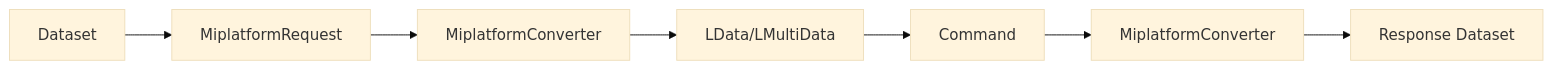
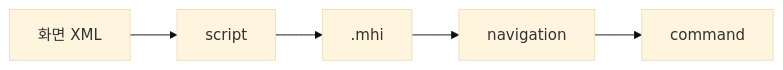
Before and after one commit to forsylph/nph: the diagram in 03.analysis_results/031.front-channel/0311.miplatform/Miplatform.md, drawn with Mermaid (base theme). The commit also changed other lines of this file and 19 other files, not shown here.

````diff
--- a/03.analysis_results/031.front-channel/0311.miplatform/Miplatform.md
+++ b/03.analysis_results/031.front-channel/0311.miplatform/Miplatform.md
@@ -9,9 +18,7 @@
 ```mermaid
 flowchart LR
-    DS1[Dataset] --> Req[MiplatformRequest]
-    Req --> Conv1[MiplatformConverter]
-    Conv1 --> LD[LData/LMultiData]
-    LD --> Cmd[Command]
-    Cmd --> Conv2[MiplatformConverter]
-    Conv2 --> DS2[Response Dataset]
+    XML[화면 XML] --> JS[script]
+    JS --> MHI[.mhi]
+    MHI --> Navi[navigation]
+    Navi --> Cmd[command]
 ```
````
